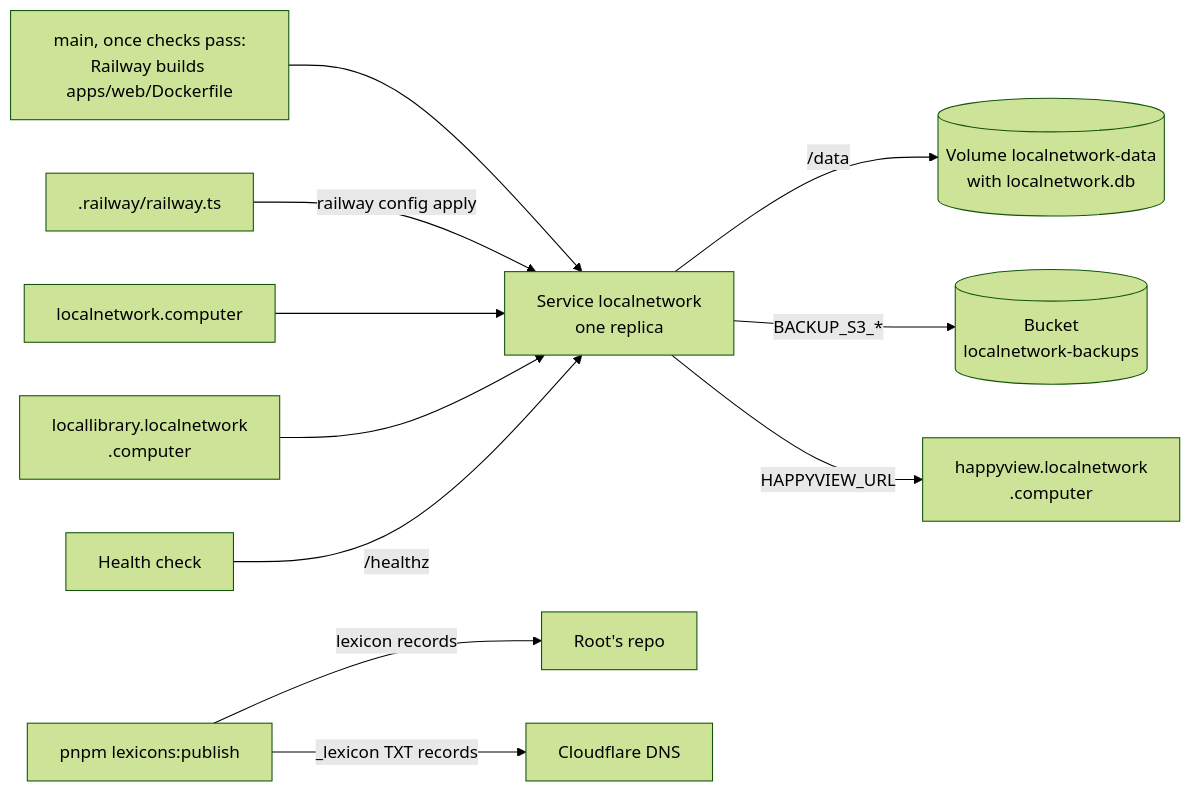
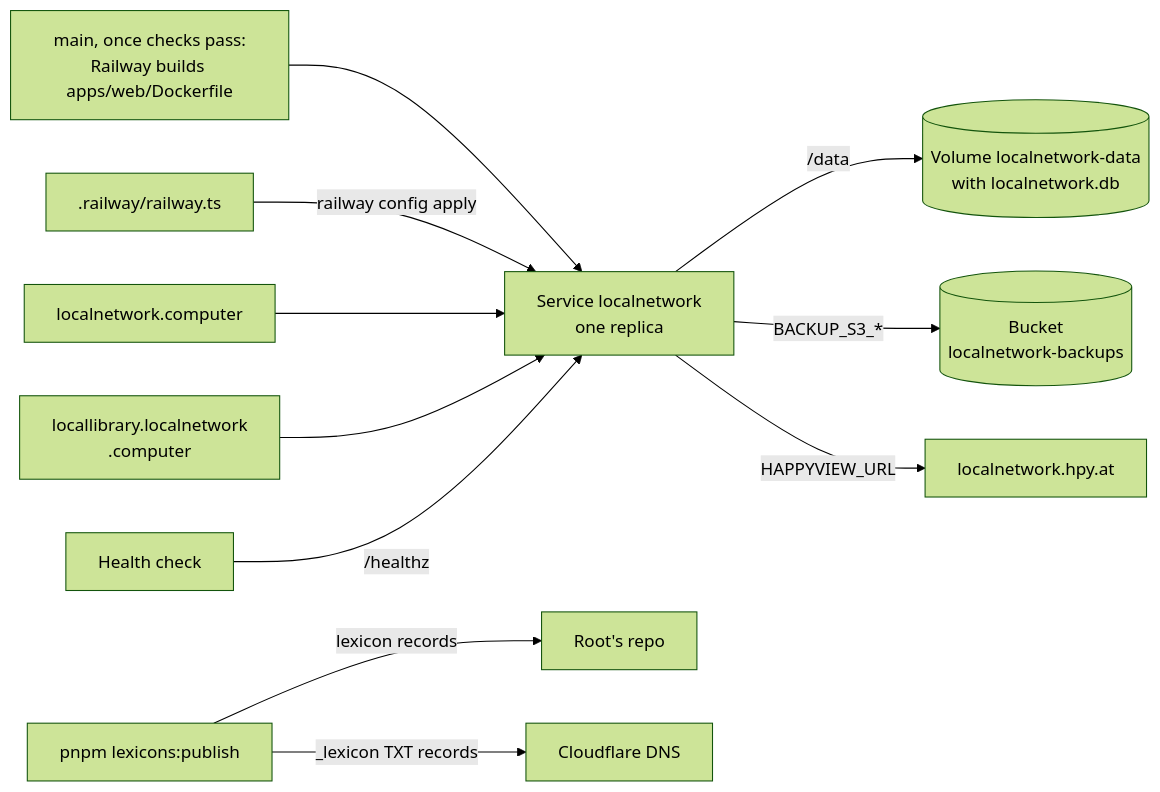
The fourth of 11 diagrams in apps/web/README.md (cutenode/localnetwork), drawn with Mermaid (forest theme) before and after one commit. The commit also changed other lines of this file and 94 other files, not shown here.

First line of the commit message:
feat(web): move the directory to the hosted HappyView 3 at localnetwork.hpy.at

````diff
--- a/apps/web/README.md
+++ b/apps/web/README.md
@@ -527,13 +528,13 @@
 ```mermaid
 flowchart LR
   Build["main, once checks pass:<br/>Railway builds apps/web/Dockerfile"] --> Service["Service localnetwork<br/>one replica"]
   Config[".railway/railway.ts"] -- "railway config apply" --> Service
   Site["localnetwork.computer"] --> Service
   ToolHost["locallibrary.localnetwork<br/>.computer"] --> Service
   Health["Health check"] -- "/healthz" --> Service
   Service -- "/data" --> Volume[("Volume localnetwork-data<br/>with localnetwork.db")]
   Service -- "BACKUP_S3_*" --> Bucket[("Bucket<br/>localnetwork-backups")]
-  Service -- "HAPPYVIEW_URL" --> HV["happyview.localnetwork<br/>.computer"]
+  Service -- "HAPPYVIEW_URL" --> HV["localnetwork.hpy.at"]
   Publish["pnpm lexicons:publish"] -- "lexicon records" --> RootRepo["Root's repo"]
   Publish -- "_lexicon TXT records" --> Dns["Cloudflare DNS"]
 ```
````
